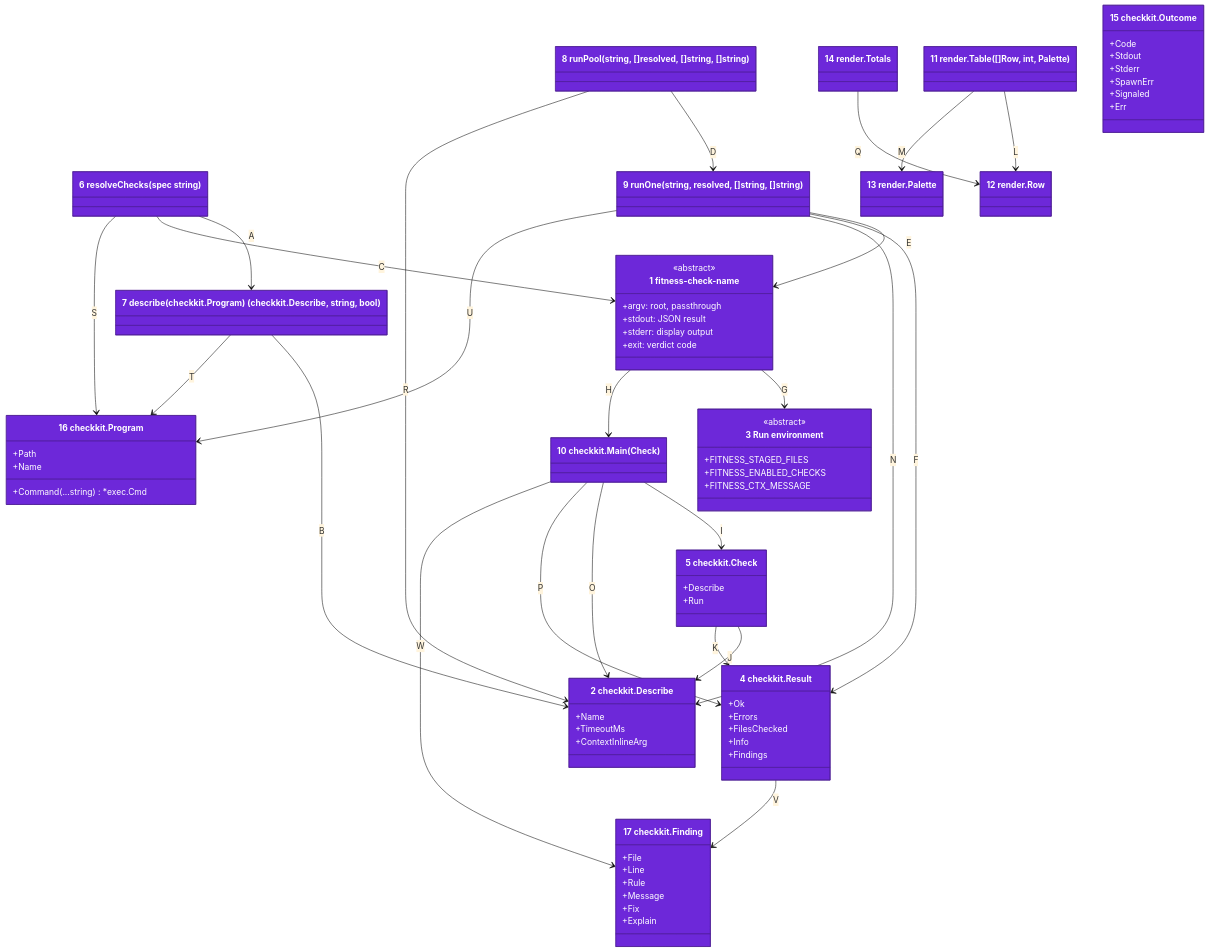
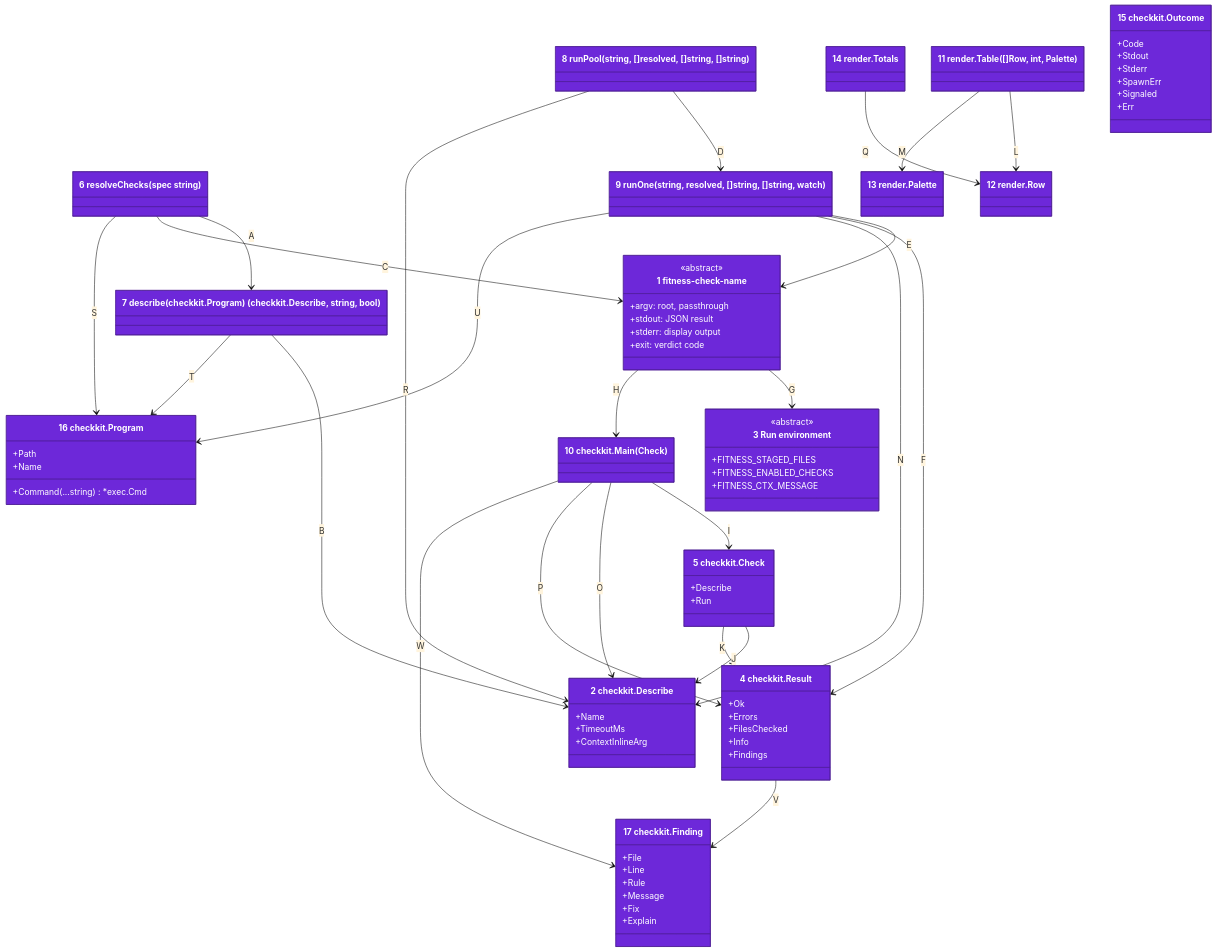
The first of 2 diagrams in docs/architecture/04-code.md (may-journal/fitness-runner), drawn with Mermaid (base theme) before and after one commit. The commit also changed 67 other files, not shown here.

```diff
--- a/docs/architecture/04-code.md
+++ b/docs/architecture/04-code.md
@@ -34,7 +34,7 @@
     class resolveChecks["6 resolveChecks(spec string)"]
     class describe["7 describe(checkkit.Program) (checkkit.Describe, string, bool)"]
     class runPool["8 runPool(string, []resolved, []string, []string)"]
-    class runOne["9 runOne(string, resolved, []string, []string)"]
+    class runOne["9 runOne(string, resolved, []string, []string, watch)"]
     class checkkitMain["10 checkkit.Main(Check)"]
     class renderTable["11 render.Table([]Row, int, Palette)"]
     class Row["12 render.Row"]
```
